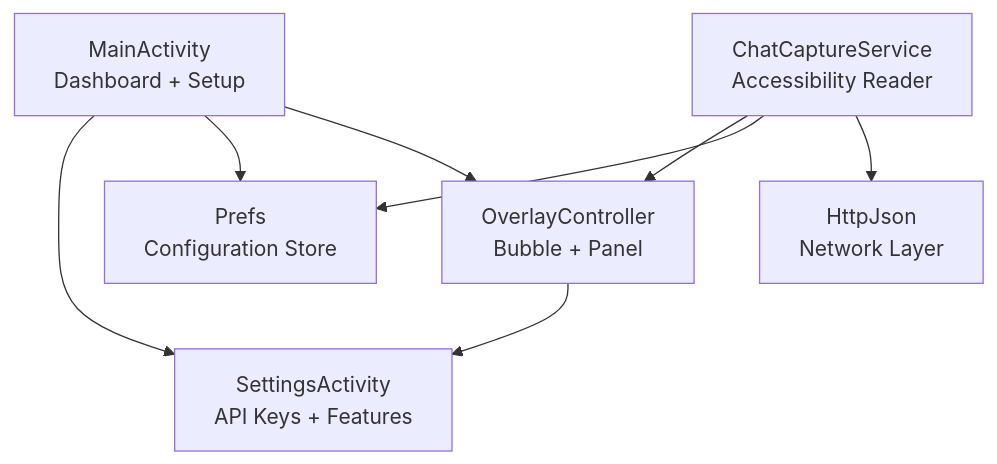
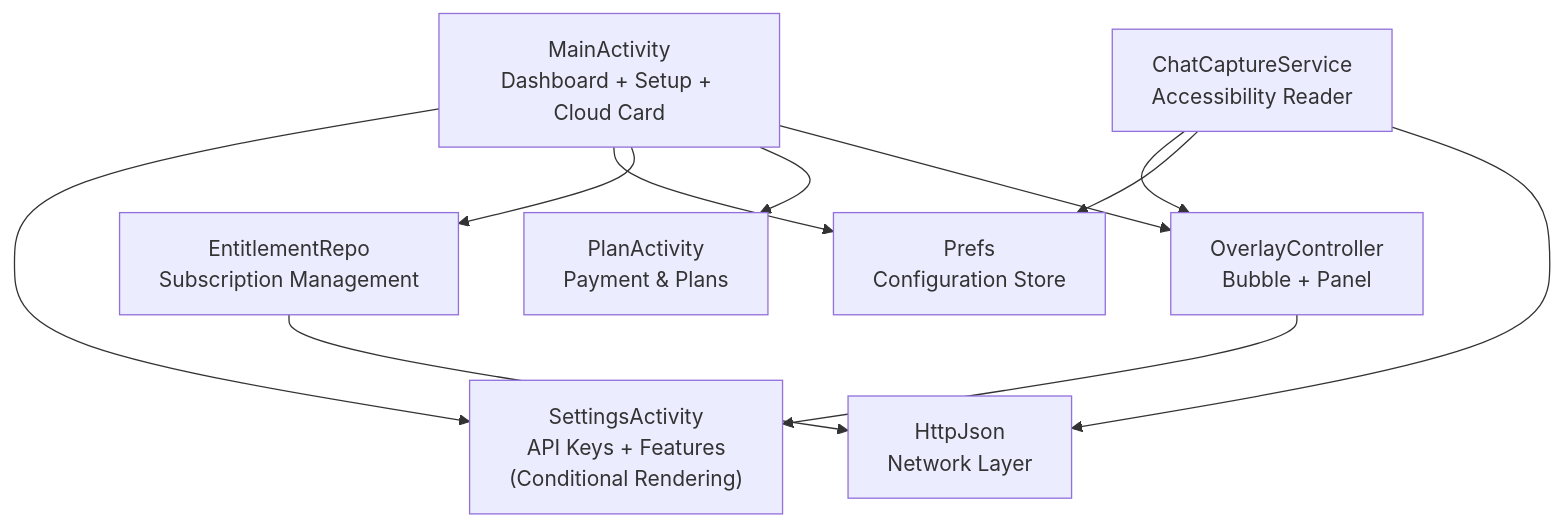
One commit to DeloYong/jev-chat-jarvis changed the first of 10 diagrams in .qoder/repowiki/en/content/User Interface Components/Main Application Interface.md. Above: the diagram before and after it, drawn with Mermaid. The commit also changed other lines of this file and 66 other files, not shown here.

````diff
--- a/.qoder/repowiki/en/content/User Interface Components/Main Application Interface.md
+++ b/.qoder/repowiki/en/content/User Interface Components/Main Application Interface.md
@@ -48,10 +60,13 @@
 ```mermaid
 graph TB
-Launcher["MainActivity<br/>Dashboard + Setup"] --> Settings["SettingsActivity<br/>API Keys + Features"]
+Launcher["MainActivity<br/>Dashboard + Setup + Cloud Card"] --> Settings["SettingsActivity<br/>API Keys + Features<br/>(Conditional Rendering)"]
 Launcher --> Prefs["Prefs<br/>Configuration Store"]
+Launcher --> Billing["EntitlementRepo<br/>Subscription Management"]
+Launcher --> Plan["PlanActivity<br/>Payment & Plans"]
 Launcher --> Overlay["OverlayController<br/>Bubble + Panel"]
 Service["ChatCaptureService<br/>Accessibility Reader"] --> Overlay
 Service --> Prefs
 Service --> Http["HttpJson<br/>Network Layer"]
+Billing --> Http
 Overlay --> Settings
 ```
````
